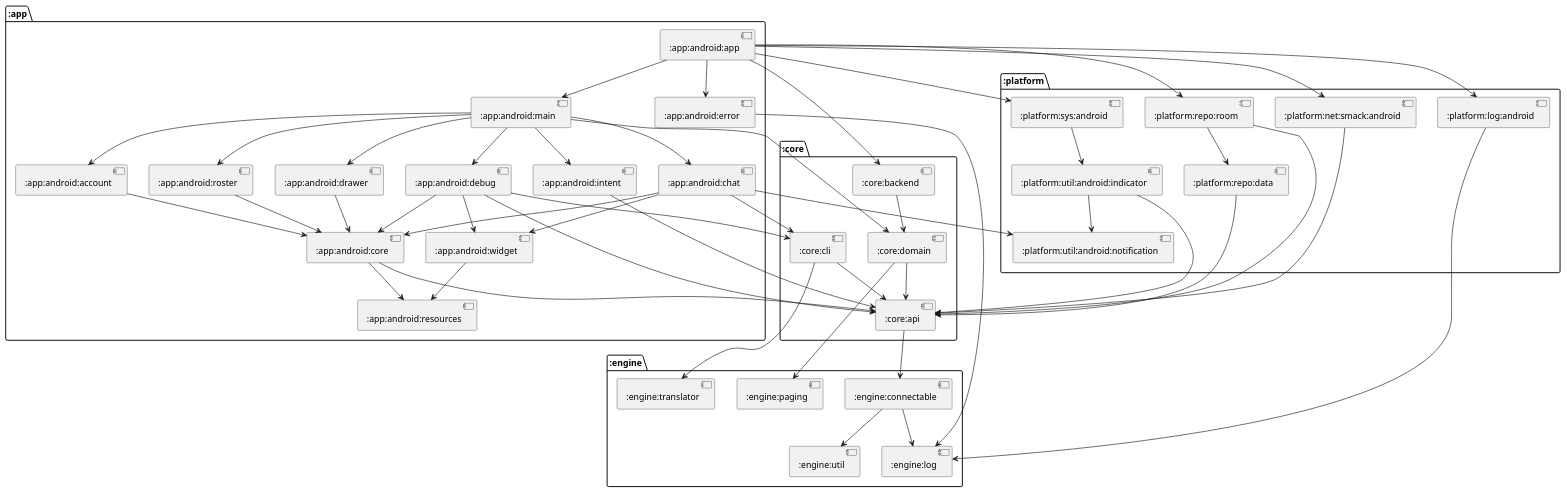
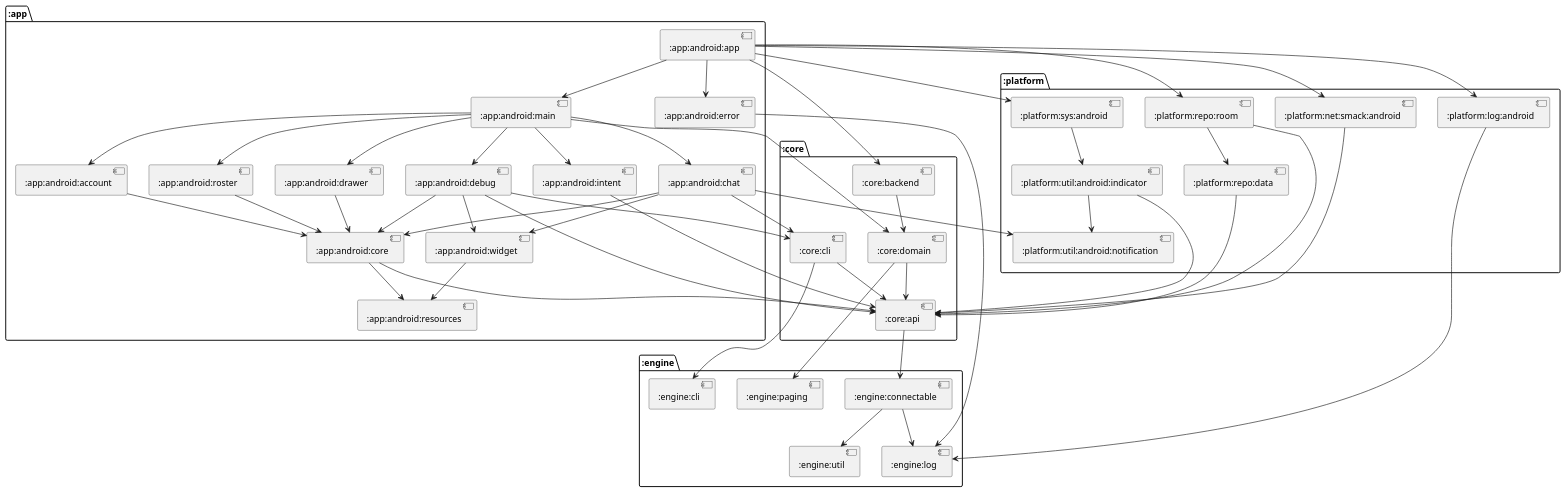
The diagram in docs/modules/puml/:android:app.puml (cryptopunkscc/crypton), drawn with PlantUML before and after one commit. The commit also changed 5 other files, not shown here.

Commit message:
chore: Update modules diagrams

```diff
--- a/docs/modules/puml/:android:app.puml
+++ b/docs/modules/puml/:android:app.puml
@@ -1,84 +1,84 @@
 @startuml
 package ":core" {
 [:core:backend]
 [:core:domain]
 [:core:api]
 [:core:cli]
 }
 package ":platform" {
 [:platform:net:smack:android]
 [:platform:repo:room]
 [:platform:sys:android]
 [:platform:log:android]
 [:platform:repo:data]
 [:platform:util:android:indicator]
 [:platform:util:android:notification]
 }
 package ":app" {
 [:app:android:error]
 [:app:android:main]
 [:app:android:debug]
 [:app:android:intent]
 [:app:android:account]
 [:app:android:roster]
 [:app:android:chat]
 [:app:android:drawer]
 [:app:android:core]
 [:app:android:widget]
 [:app:android:resources]
 [:app:android:app]
 }
 package ":engine" {
 [:engine:paging]
 [:engine:connectable]
 [:engine:util]
 [:engine:log]
-[:engine:translator]
+[:engine:cli]
 }
 [:core:backend] --> [:core:domain]
 [:platform:net:smack:android] --> [:core:api]
 [:platform:repo:room] --> [:core:api]
 [:platform:repo:room] --> [:platform:repo:data]
 [:platform:sys:android] --> [:platform:util:android:indicator]
 [:platform:log:android] --> [:engine:log]
 [:app:android:error] --> [:engine:log]
 [:app:android:main] --> [:app:android:debug]
 [:app:android:main] --> [:app:android:intent]
 [:app:android:main] --> [:app:android:account]
 [:app:android:main] --> [:app:android:roster]
 [:app:android:main] --> [:app:android:chat]
 [:app:android:main] --> [:app:android:drawer]
 [:app:android:main] --> [:core:domain]
 [:core:domain] --> [:engine:paging]
 [:core:domain] --> [:core:api]
 [:core:api] --> [:engine:connectable]
 [:engine:connectable] --> [:engine:util]
 [:engine:connectable] --> [:engine:log]
 [:platform:repo:data] --> [:core:api]
 [:platform:util:android:indicator] --> [:core:api]
 [:platform:util:android:indicator] --> [:platform:util:android:notification]
 [:app:android:debug] --> [:core:api]
 [:app:android:debug] --> [:core:cli]
 [:app:android:debug] --> [:app:android:core]
 [:app:android:debug] --> [:app:android:widget]
 [:app:android:intent] --> [:core:api]
 [:app:android:account] --> [:app:android:core]
 [:app:android:roster] --> [:app:android:core]
 [:app:android:chat] --> [:app:android:core]
 [:app:android:chat] --> [:platform:util:android:notification]
 [:app:android:chat] --> [:app:android:widget]
 [:app:android:chat] --> [:core:cli]
 [:app:android:drawer] --> [:app:android:core]
-[:core:cli] --> [:engine:translator]
+[:core:cli] --> [:engine:cli]
 [:core:cli] --> [:core:api]
 [:app:android:core] --> [:core:api]
 [:app:android:core] --> [:app:android:resources]
 [:app:android:widget] --> [:app:android:resources]
 [:app:android:app] --> [:core:backend]
 [:app:android:app] --> [:platform:net:smack:android]
 [:app:android:app] --> [:platform:repo:room]
 [:app:android:app] --> [:platform:sys:android]
 [:app:android:app] --> [:platform:log:android]
 [:app:android:app] --> [:app:android:error]
 [:app:android:app] --> [:app:android:main]
 @enduml
```
